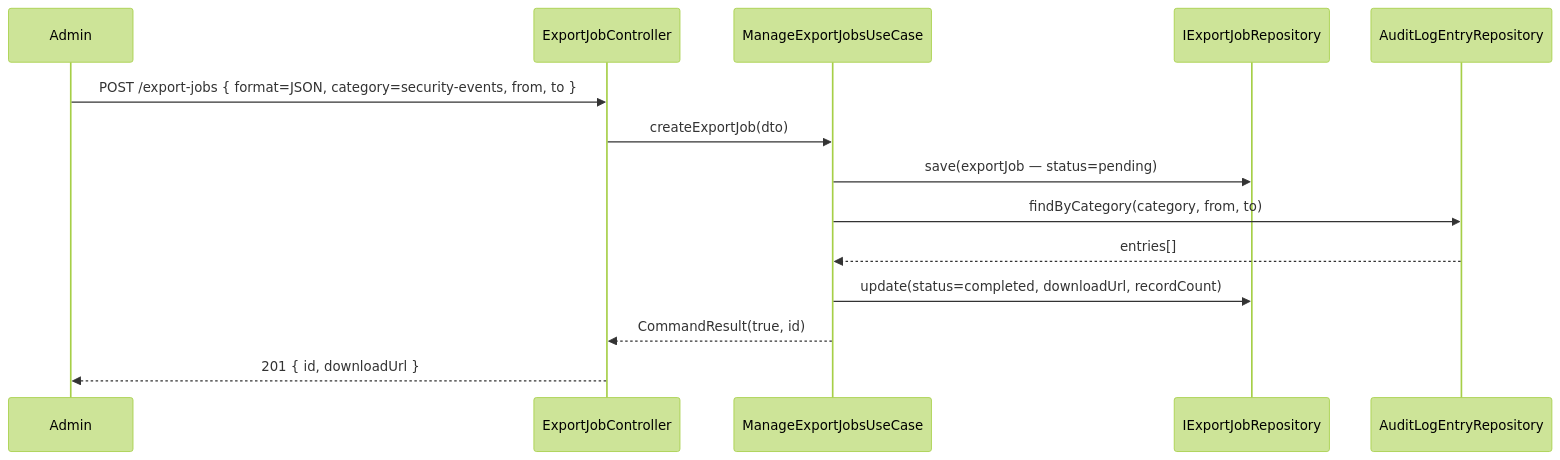
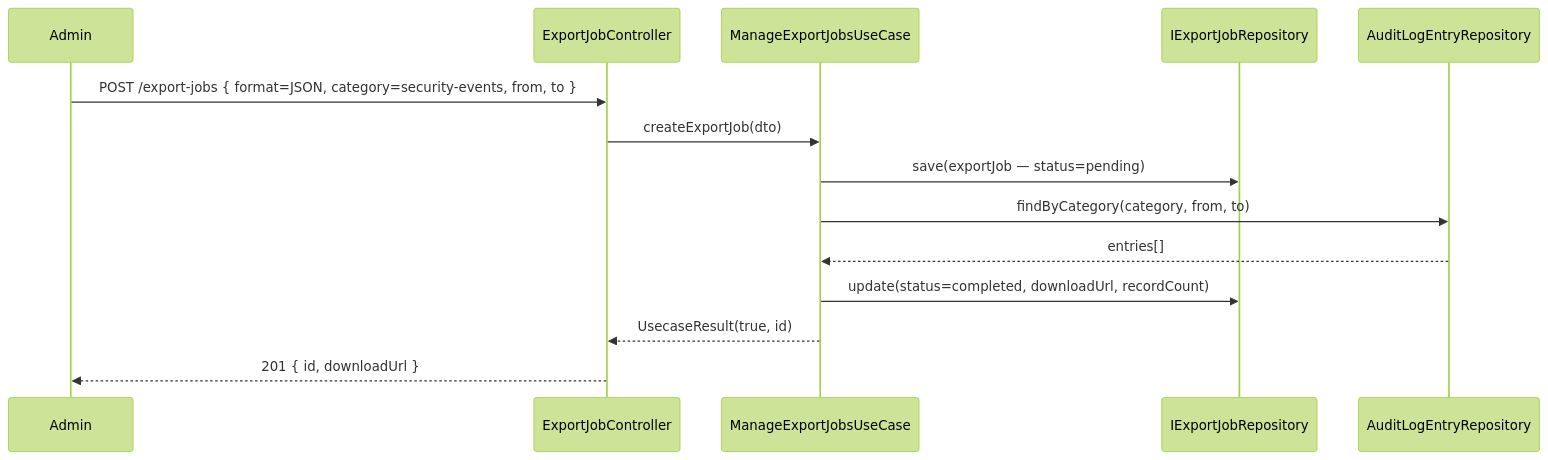
Before and after one commit to UIMSolutions/uim-platform: the fourth of 4 diagrams in auditlog/UML.md, drawn with Mermaid (forest theme). The commit also changed other lines of this file and 907 other files, not shown here.

Commit message:
Rename CommandResult

````diff
--- a/auditlog/UML.md
+++ b/auditlog/UML.md
@@ -174,17 +174,17 @@
 ```mermaid
 sequenceDiagram
     participant Admin
     participant EC as ExportJobController
     participant EUC as ManageExportJobsUseCase
     participant ER as IExportJobRepository
     participant AR as AuditLogEntryRepository
 
     Admin->>EC: POST /export-jobs { format=JSON, category=security-events, from, to }
     EC->>EUC: createExportJob(dto)
     EUC->>ER: save(exportJob — status=pending)
     EUC->>AR: findByCategory(category, from, to)
     AR-->>EUC: entries[]
     EUC->>ER: update(status=completed, downloadUrl, recordCount)
-    EUC-->>EC: CommandResult(true, id)
+    EUC-->>EC: UsecaseResult(true, id)
     EC-->>Admin: 201 { id, downloadUrl }
 ```
````
